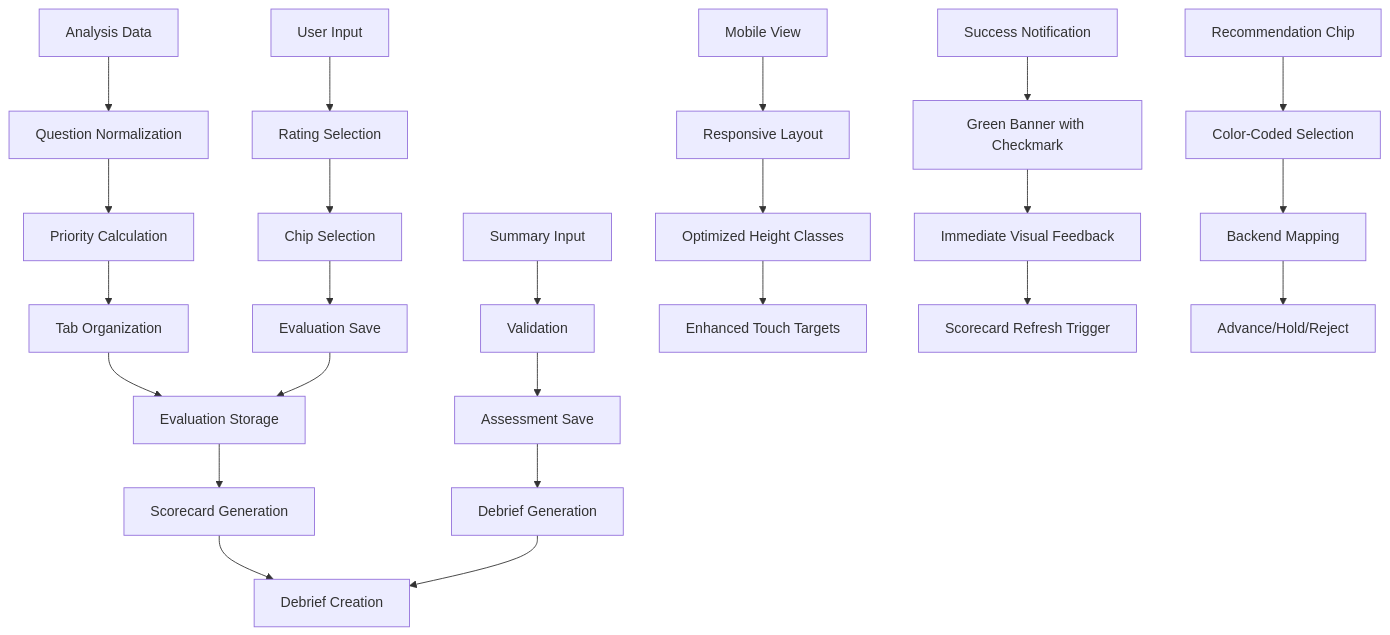
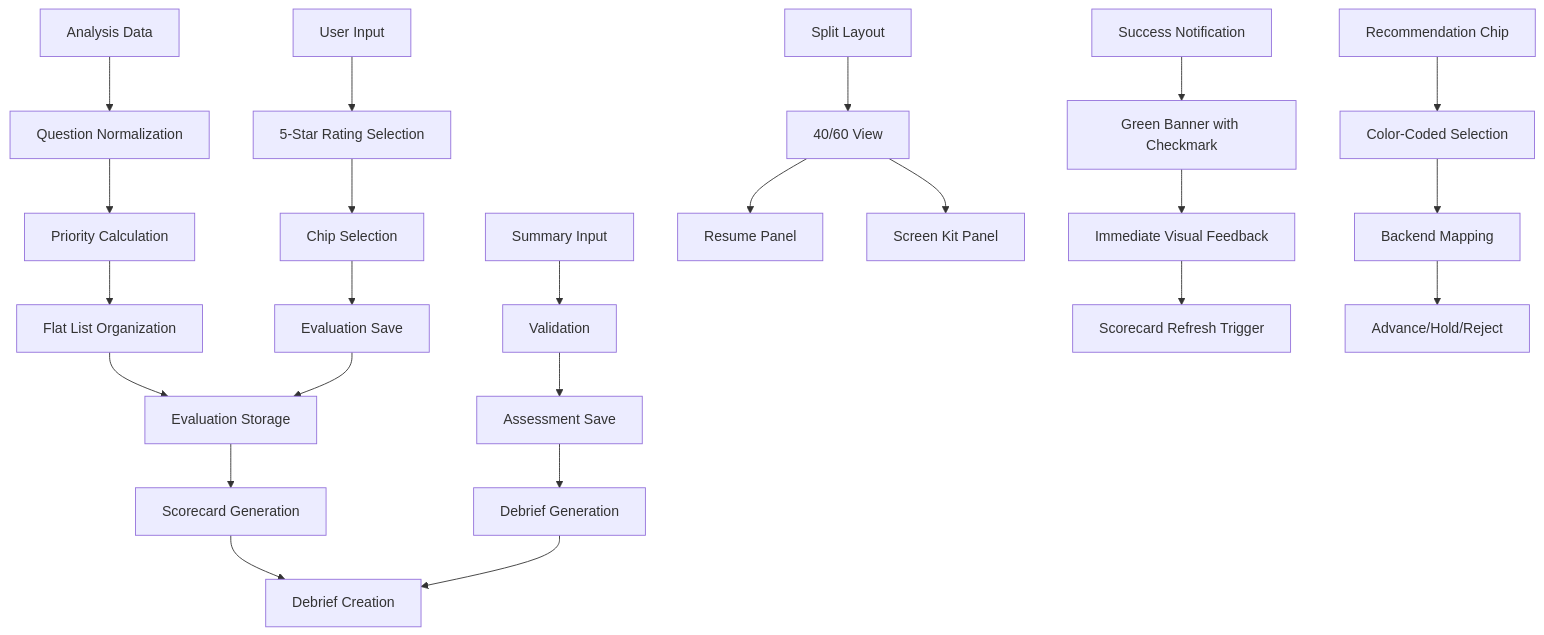
Before and after one commit to Revanththetalogics/aireume: the second of 12 diagrams in .qoder/repowiki/en/content/Frontend Architecture/Component Library/PhoneScreenKit Component.md, drawn with Mermaid. The commit also changed other lines of this file and 61 other files, not shown here.

````diff
--- a/.qoder/repowiki/en/content/Frontend Architecture/Component Library/PhoneScreenKit Component.md
+++ b/.qoder/repowiki/en/content/Frontend Architecture/Component Library/PhoneScreenKit Component.md
@@ -107,26 +111,26 @@
 ```mermaid
 flowchart TD
 A[Analysis Data] --> B[Question Normalization]
 B --> C[Priority Calculation]
-C --> D[Tab Organization]
+C --> D[Flat List Organization]
 D --> E[Evaluation Storage]
 E --> F[Scorecard Generation]
 F --> G[Debrief Creation]
-H[User Input] --> I[Rating Selection]
+H[User Input] --> I[5-Star Rating Selection]
 I --> J[Chip Selection]
 J --> K[Evaluation Save]
 K --> E
 L[Summary Input] --> M[Validation]
 M --> N[Assessment Save]
 N --> O[Debrief Generation]
 O --> G
-P[Mobile View] --> Q[Responsive Layout]
-Q --> R[Optimized Height Classes]
-R --> S[Enhanced Touch Targets]
+P[Split Layout] --> Q[40/60 View]
+Q --> R[Resume Panel]
+Q --> S[Screen Kit Panel]
 T[Success Notification] --> U[Green Banner with Checkmark]
 U --> V[Immediate Visual Feedback]
 V --> W[Scorecard Refresh Trigger]
 X[Recommendation Chip] --> Y[Color-Coded Selection]
 Y --> Z[Backend Mapping]
 Z --> AA[Advance/Hold/Reject]
 ```
````
